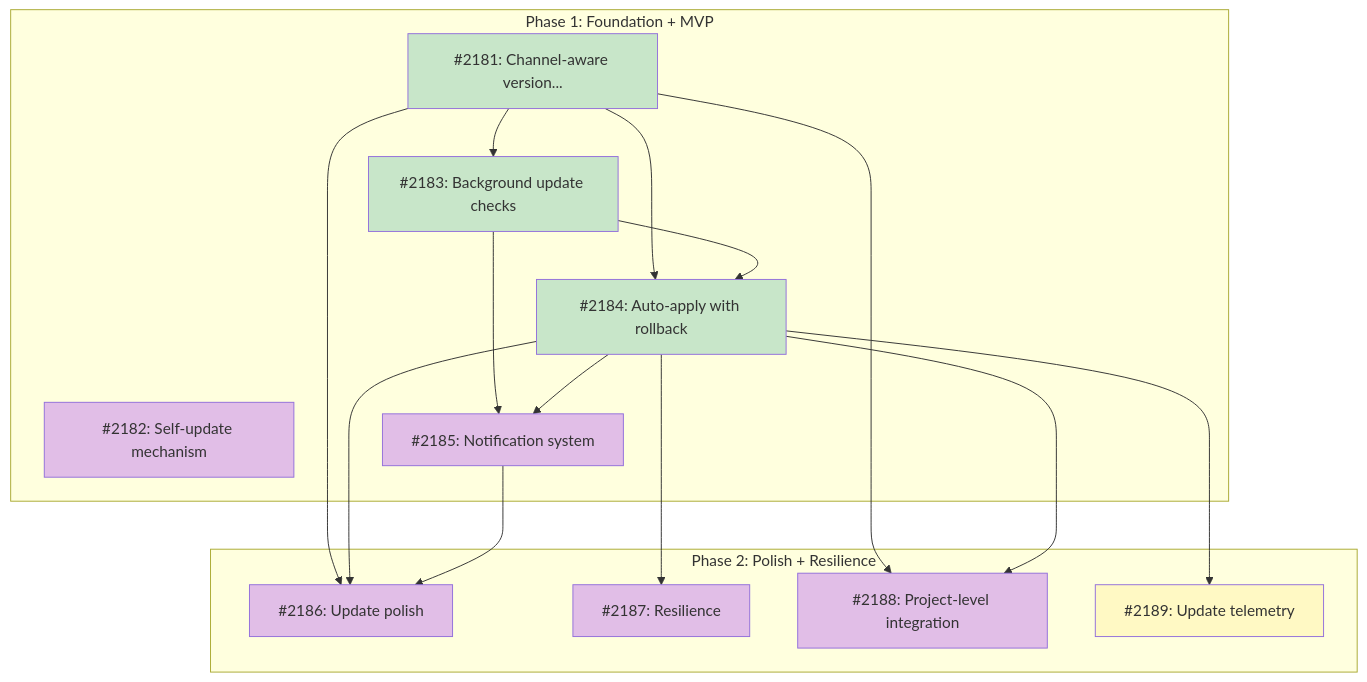
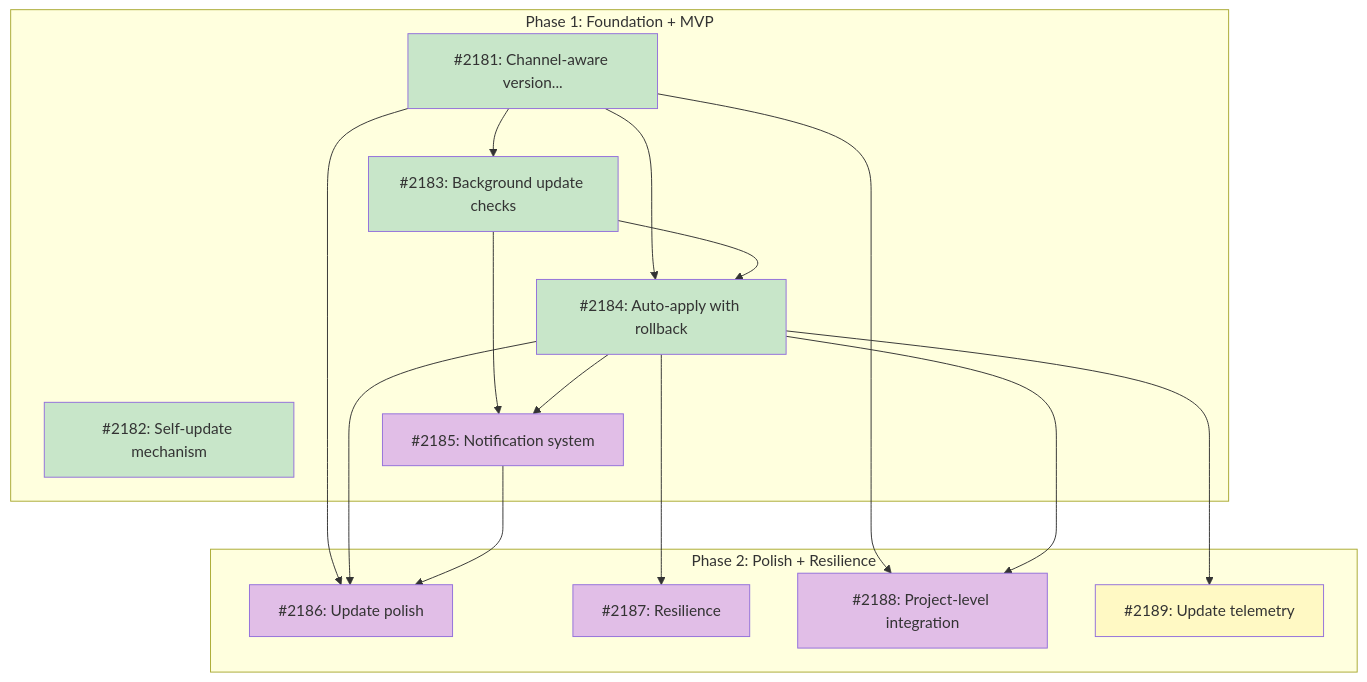
One commit to tsukumogami/tsuku changed the diagram in docs/roadmaps/ROADMAP-auto-update.md. Above: the diagram before and after it, drawn with Mermaid. The commit also changed other lines of this file and 17 other files, not shown here.

````diff
--- a/docs/roadmaps/ROADMAP-auto-update.md
+++ b/docs/roadmaps/ROADMAP-auto-update.md
@@ -149,45 +149,44 @@
 ```mermaid
 graph TD
     subgraph Phase1["Phase 1: Foundation + MVP"]
         I2181["#2181: Channel-aware version..."]
         I2182["#2182: Self-update mechanism"]
         I2183["#2183: Background update checks"]
         I2184["#2184: Auto-apply with rollback"]
         I2185["#2185: Notification system"]
     end
 
     subgraph Phase2["Phase 2: Polish + Resilience"]
         I2186["#2186: Update polish"]
         I2187["#2187: Resilience"]
         I2188["#2188: Project-level integration"]
         I2189["#2189: Update telemetry"]
     end
 
     I2181 --> I2183
     I2181 --> I2184
     I2183 --> I2184
     I2183 --> I2185
     I2184 --> I2185
     I2181 --> I2186
     I2184 --> I2186
     I2185 --> I2186
     I2184 --> I2187
     I2181 --> I2188
     I2184 --> I2188
     I2184 --> I2189
 
     classDef done fill:#c8e6c9
     classDef ready fill:#bbdefb
     classDef blocked fill:#fff9c4
     classDef needsDesign fill:#e1bee7
     classDef needsPrd fill:#b3e5fc
     classDef needsSpike fill:#ffcdd2
     classDef needsDecision fill:#d1c4e9
     classDef tracksDesign fill:#FFE0B2,stroke:#F57C00,color:#000
     classDef tracksPlan fill:#FFE0B2,stroke:#F57C00,color:#000
 
-    class I2181,I2183,I2184 done
-    class I2182 needsDesign
+    class I2181,I2182,I2183,I2184 done
     class I2185,I2186,I2187,I2188 needsDesign
     class I2189 blocked
 ```
````
